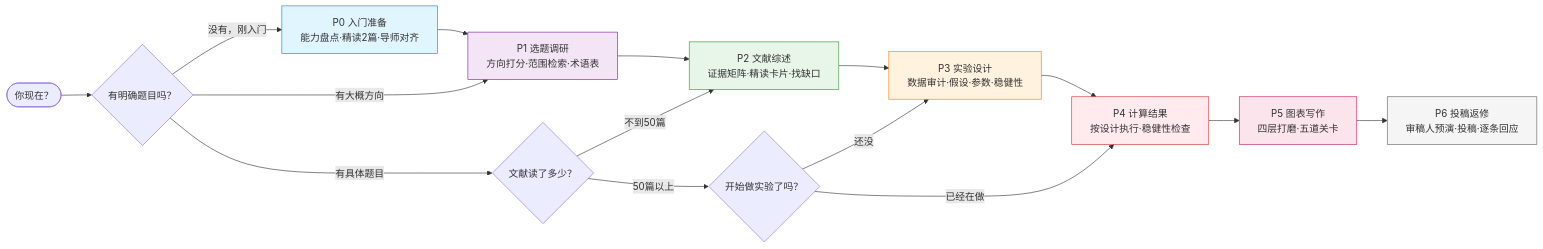
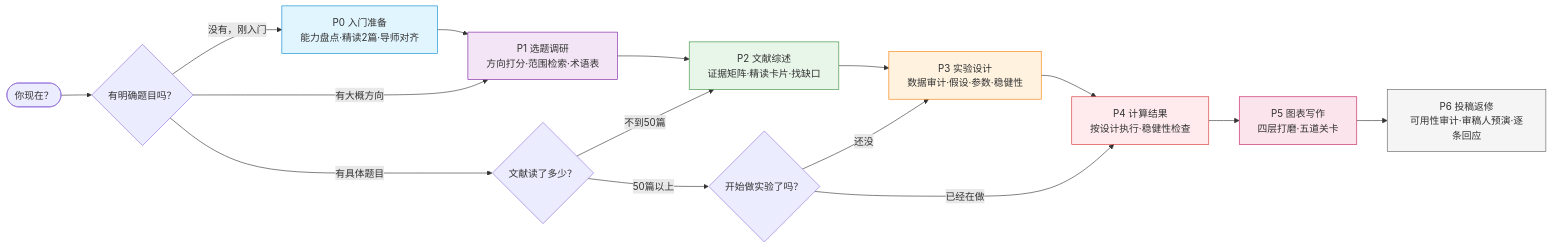
Before and after one commit to siyunhao2025-beep/Ku-academic: the diagram in README.md, drawn with Mermaid. The commit also changed other lines of this file and 12 other files, not shown here.

````diff
--- a/README.md
+++ b/README.md
@@ -81,37 +81,37 @@
 ```mermaid
 flowchart LR
     Start([你现在？]) --> Q1{有明确题目吗？}
 
     Q1 -->|没有，刚入门| P0[P0 入门准备<br/>能力盘点·精读2篇·导师对齐]
     Q1 -->|有大概方向| P1[P1 选题调研<br/>方向打分·范围检索·术语表]
     Q1 -->|有具体题目| Q2{文献读了多少？}
 
     P0 --> P1
     P1 --> P2[P2 文献综述<br/>证据矩阵·精读卡片·找缺口]
 
     Q2 -->|不到50篇| P2
     Q2 -->|50篇以上| Q3{开始做实验了吗？}
 
     P2 --> P3[P3 实验设计<br/>数据审计·假设·参数·稳健性]
     Q3 -->|还没| P3
     Q3 -->|已经在做| P4[P4 计算结果<br/>按设计执行·稳健性检查]
 
     P3 --> P4
     P4 --> P5[P5 图表写作<br/>四层打磨·五道关卡]
-    P5 --> P6[P6 投稿返修<br/>审稿人预演·投稿·逐条回应]
+    P5 --> P6[P6 投稿返修<br/>可用性审计·审稿人预演·逐条回应]
 
     classDef p0 fill:#e1f5fe,stroke:#0288d1;
     classDef p1 fill:#f3e5f5,stroke:#7b1fa2;
     classDef p2 fill:#e8f5e9,stroke:#388e3c;
     classDef p3 fill:#fff3e0,stroke:#f57c00;
     classDef p4 fill:#ffebee,stroke:#d32f2f;
     classDef p5 fill:#fce4ec,stroke:#c2185b;
     classDef p6 fill:#f5f5f5,stroke:#616161;
     class P0 p0;
     class P1 p1;
     class P2 p2;
     class P3 p3;
     class P4 p4;
     class P5 p5;
     class P6 p6;
 ```
````
